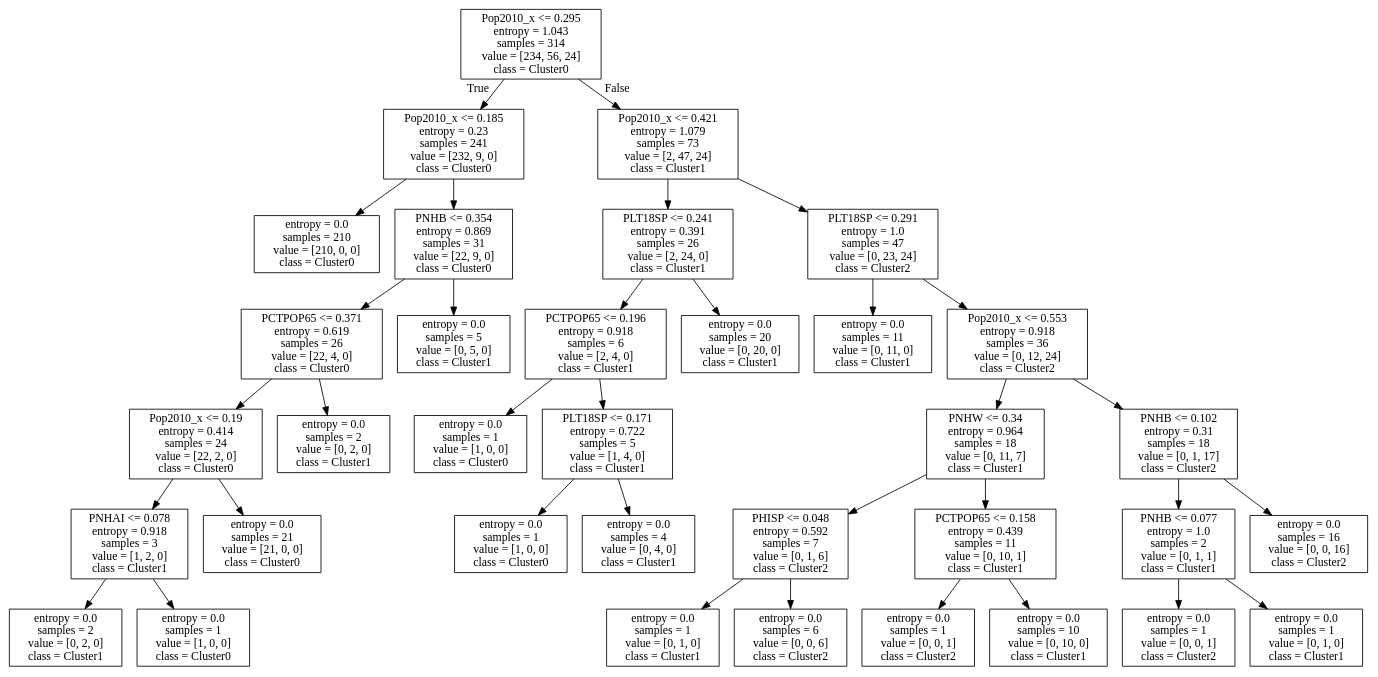
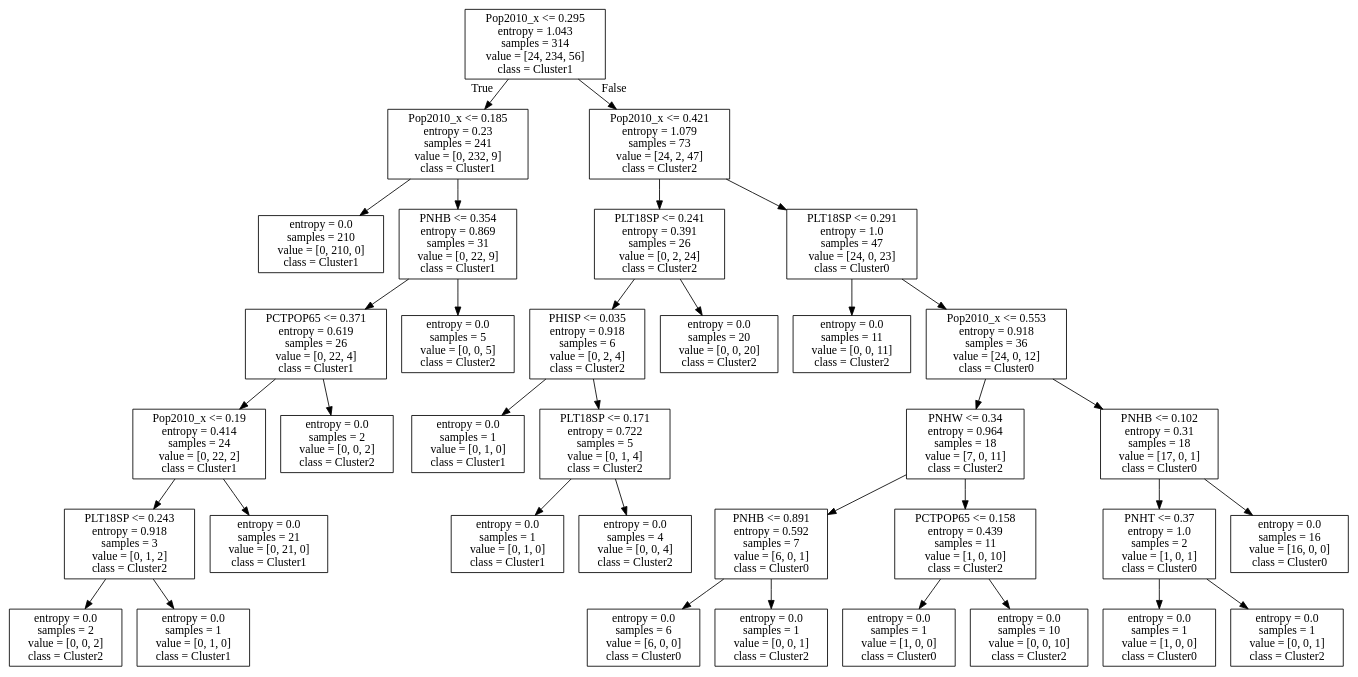
One commit to arunkulkarni95/COSC467_FinalProject changed the diagram in tree_entropy.dot. Above: the diagram before and after it, drawn with Graphviz. The commit also changed 5 other files, not shown here.

```diff
--- a/tree_entropy.dot
+++ b/tree_entropy.dot
@@ -1,72 +1,72 @@
 digraph Tree {
 node [shape=box] ;
-0 [label="Pop2010_x <= 0.295\nentropy = 1.043\nsamples = 314\nvalue = [234, 56, 24]\nclass = Cluster0"] ;
-1 [label="Pop2010_x <= 0.185\nentropy = 0.23\nsamples = 241\nvalue = [232, 9, 0]\nclass = Cluster0"] ;
+0 [label="Pop2010_x <= 0.295\nentropy = 1.043\nsamples = 314\nvalue = [24, 234, 56]\nclass = Cluster1"] ;
+1 [label="Pop2010_x <= 0.185\nentropy = 0.23\nsamples = 241\nvalue = [0, 232, 9]\nclass = Cluster1"] ;
 0 -> 1 [labeldistance=2.5, labelangle=45, headlabel="True"] ;
-2 [label="entropy = 0.0\nsamples = 210\nvalue = [210, 0, 0]\nclass = Cluster0"] ;
+2 [label="entropy = 0.0\nsamples = 210\nvalue = [0, 210, 0]\nclass = Cluster1"] ;
 1 -> 2 ;
-3 [label="PNHB <= 0.354\nentropy = 0.869\nsamples = 31\nvalue = [22, 9, 0]\nclass = Cluster0"] ;
+3 [label="PNHB <= 0.354\nentropy = 0.869\nsamples = 31\nvalue = [0, 22, 9]\nclass = Cluster1"] ;
 1 -> 3 ;
-4 [label="PCTPOP65 <= 0.371\nentropy = 0.619\nsamples = 26\nvalue = [22, 4, 0]\nclass = Cluster0"] ;
+4 [label="PCTPOP65 <= 0.371\nentropy = 0.619\nsamples = 26\nvalue = [0, 22, 4]\nclass = Cluster1"] ;
 3 -> 4 ;
-5 [label="Pop2010_x <= 0.19\nentropy = 0.414\nsamples = 24\nvalue = [22, 2, 0]\nclass = Cluster0"] ;
+5 [label="Pop2010_x <= 0.19\nentropy = 0.414\nsamples = 24\nvalue = [0, 22, 2]\nclass = Cluster1"] ;
 4 -> 5 ;
-6 [label="PNHAI <= 0.078\nentropy = 0.918\nsamples = 3\nvalue = [1, 2, 0]\nclass = Cluster1"] ;
+6 [label="PLT18SP <= 0.243\nentropy = 0.918\nsamples = 3\nvalue = [0, 1, 2]\nclass = Cluster2"] ;
 5 -> 6 ;
-7 [label="entropy = 0.0\nsamples = 2\nvalue = [0, 2, 0]\nclass = Cluster1"] ;
+7 [label="entropy = 0.0\nsamples = 2\nvalue = [0, 0, 2]\nclass = Cluster2"] ;
 6 -> 7 ;
-8 [label="entropy = 0.0\nsamples = 1\nvalue = [1, 0, 0]\nclass = Cluster0"] ;
+8 [label="entropy = 0.0\nsamples = 1\nvalue = [0, 1, 0]\nclass = Cluster1"] ;
 6 -> 8 ;
-9 [label="entropy = 0.0\nsamples = 21\nvalue = [21, 0, 0]\nclass = Cluster0"] ;
+9 [label="entropy = 0.0\nsamples = 21\nvalue = [0, 21, 0]\nclass = Cluster1"] ;
 5 -> 9 ;
-10 [label="entropy = 0.0\nsamples = 2\nvalue = [0, 2, 0]\nclass = Cluster1"] ;
+10 [label="entropy = 0.0\nsamples = 2\nvalue = [0, 0, 2]\nclass = Cluster2"] ;
 4 -> 10 ;
-11 [label="entropy = 0.0\nsamples = 5\nvalue = [0, 5, 0]\nclass = Cluster1"] ;
+11 [label="entropy = 0.0\nsamples = 5\nvalue = [0, 0, 5]\nclass = Cluster2"] ;
 3 -> 11 ;
-12 [label="Pop2010_x <= 0.421\nentropy = 1.079\nsamples = 73\nvalue = [2, 47, 24]\nclass = Cluster1"] ;
+12 [label="Pop2010_x <= 0.421\nentropy = 1.079\nsamples = 73\nvalue = [24, 2, 47]\nclass = Cluster2"] ;
 0 -> 12 [labeldistance=2.5, labelangle=-45, headlabel="False"] ;
-13 [label="PLT18SP <= 0.241\nentropy = 0.391\nsamples = 26\nvalue = [2, 24, 0]\nclass = Cluster1"] ;
+13 [label="PLT18SP <= 0.241\nentropy = 0.391\nsamples = 26\nvalue = [0, 2, 24]\nclass = Cluster2"] ;
 12 -> 13 ;
-14 [label="PCTPOP65 <= 0.196\nentropy = 0.918\nsamples = 6\nvalue = [2, 4, 0]\nclass = Cluster1"] ;
+14 [label="PHISP <= 0.035\nentropy = 0.918\nsamples = 6\nvalue = [0, 2, 4]\nclass = Cluster2"] ;
 13 -> 14 ;
-15 [label="entropy = 0.0\nsamples = 1\nvalue = [1, 0, 0]\nclass = Cluster0"] ;
+15 [label="entropy = 0.0\nsamples = 1\nvalue = [0, 1, 0]\nclass = Cluster1"] ;
 14 -> 15 ;
-16 [label="PLT18SP <= 0.171\nentropy = 0.722\nsamples = 5\nvalue = [1, 4, 0]\nclass = Cluster1"] ;
+16 [label="PLT18SP <= 0.171\nentropy = 0.722\nsamples = 5\nvalue = [0, 1, 4]\nclass = Cluster2"] ;
 14 -> 16 ;
-17 [label="entropy = 0.0\nsamples = 1\nvalue = [1, 0, 0]\nclass = Cluster0"] ;
+17 [label="entropy = 0.0\nsamples = 1\nvalue = [0, 1, 0]\nclass = Cluster1"] ;
 16 -> 17 ;
-18 [label="entropy = 0.0\nsamples = 4\nvalue = [0, 4, 0]\nclass = Cluster1"] ;
+18 [label="entropy = 0.0\nsamples = 4\nvalue = [0, 0, 4]\nclass = Cluster2"] ;
 16 -> 18 ;
-19 [label="entropy = 0.0\nsamples = 20\nvalue = [0, 20, 0]\nclass = Cluster1"] ;
+19 [label="entropy = 0.0\nsamples = 20\nvalue = [0, 0, 20]\nclass = Cluster2"] ;
 13 -> 19 ;
-20 [label="PLT18SP <= 0.291\nentropy = 1.0\nsamples = 47\nvalue = [0, 23, 24]\nclass = Cluster2"] ;
+20 [label="PLT18SP <= 0.291\nentropy = 1.0\nsamples = 47\nvalue = [24, 0, 23]\nclass = Cluster0"] ;
 12 -> 20 ;
-21 [label="entropy = 0.0\nsamples = 11\nvalue = [0, 11, 0]\nclass = Cluster1"] ;
+21 [label="entropy = 0.0\nsamples = 11\nvalue = [0, 0, 11]\nclass = Cluster2"] ;
 20 -> 21 ;
-22 [label="Pop2010_x <= 0.553\nentropy = 0.918\nsamples = 36\nvalue = [0, 12, 24]\nclass = Cluster2"] ;
+22 [label="Pop2010_x <= 0.553\nentropy = 0.918\nsamples = 36\nvalue = [24, 0, 12]\nclass = Cluster0"] ;
 20 -> 22 ;
-23 [label="PNHW <= 0.34\nentropy = 0.964\nsamples = 18\nvalue = [0, 11, 7]\nclass = Cluster1"] ;
+23 [label="PNHW <= 0.34\nentropy = 0.964\nsamples = 18\nvalue = [7, 0, 11]\nclass = Cluster2"] ;
 22 -> 23 ;
-24 [label="PHISP <= 0.048\nentropy = 0.592\nsamples = 7\nvalue = [0, 1, 6]\nclass = Cluster2"] ;
+24 [label="PNHB <= 0.891\nentropy = 0.592\nsamples = 7\nvalue = [6, 0, 1]\nclass = Cluster0"] ;
 23 -> 24 ;
-25 [label="entropy = 0.0\nsamples = 1\nvalue = [0, 1, 0]\nclass = Cluster1"] ;
+25 [label="entropy = 0.0\nsamples = 6\nvalue = [6, 0, 0]\nclass = Cluster0"] ;
 24 -> 25 ;
-26 [label="entropy = 0.0\nsamples = 6\nvalue = [0, 0, 6]\nclass = Cluster2"] ;
+26 [label="entropy = 0.0\nsamples = 1\nvalue = [0, 0, 1]\nclass = Cluster2"] ;
 24 -> 26 ;
-27 [label="PCTPOP65 <= 0.158\nentropy = 0.439\nsamples = 11\nvalue = [0, 10, 1]\nclass = Cluster1"] ;
+27 [label="PCTPOP65 <= 0.158\nentropy = 0.439\nsamples = 11\nvalue = [1, 0, 10]\nclass = Cluster2"] ;
 23 -> 27 ;
-28 [label="entropy = 0.0\nsamples = 1\nvalue = [0, 0, 1]\nclass = Cluster2"] ;
+28 [label="entropy = 0.0\nsamples = 1\nvalue = [1, 0, 0]\nclass = Cluster0"] ;
 27 -> 28 ;
-29 [label="entropy = 0.0\nsamples = 10\nvalue = [0, 10, 0]\nclass = Cluster1"] ;
+29 [label="entropy = 0.0\nsamples = 10\nvalue = [0, 0, 10]\nclass = Cluster2"] ;
 27 -> 29 ;
-30 [label="PNHB <= 0.102\nentropy = 0.31\nsamples = 18\nvalue = [0, 1, 17]\nclass = Cluster2"] ;
+30 [label="PNHB <= 0.102\nentropy = 0.31\nsamples = 18\nvalue = [17, 0, 1]\nclass = Cluster0"] ;
 22 -> 30 ;
-31 [label="PNHB <= 0.077\nentropy = 1.0\nsamples = 2\nvalue = [0, 1, 1]\nclass = Cluster1"] ;
+31 [label="PNHT <= 0.37\nentropy = 1.0\nsamples = 2\nvalue = [1, 0, 1]\nclass = Cluster0"] ;
 30 -> 31 ;
-32 [label="entropy = 0.0\nsamples = 1\nvalue = [0, 0, 1]\nclass = Cluster2"] ;
+32 [label="entropy = 0.0\nsamples = 1\nvalue = [1, 0, 0]\nclass = Cluster0"] ;
 31 -> 32 ;
-33 [label="entropy = 0.0\nsamples = 1\nvalue = [0, 1, 0]\nclass = Cluster1"] ;
+33 [label="entropy = 0.0\nsamples = 1\nvalue = [0, 0, 1]\nclass = Cluster2"] ;
 31 -> 33 ;
-34 [label="entropy = 0.0\nsamples = 16\nvalue = [0, 0, 16]\nclass = Cluster2"] ;
+34 [label="entropy = 0.0\nsamples = 16\nvalue = [16, 0, 0]\nclass = Cluster0"] ;
 30 -> 34 ;
 }
```
